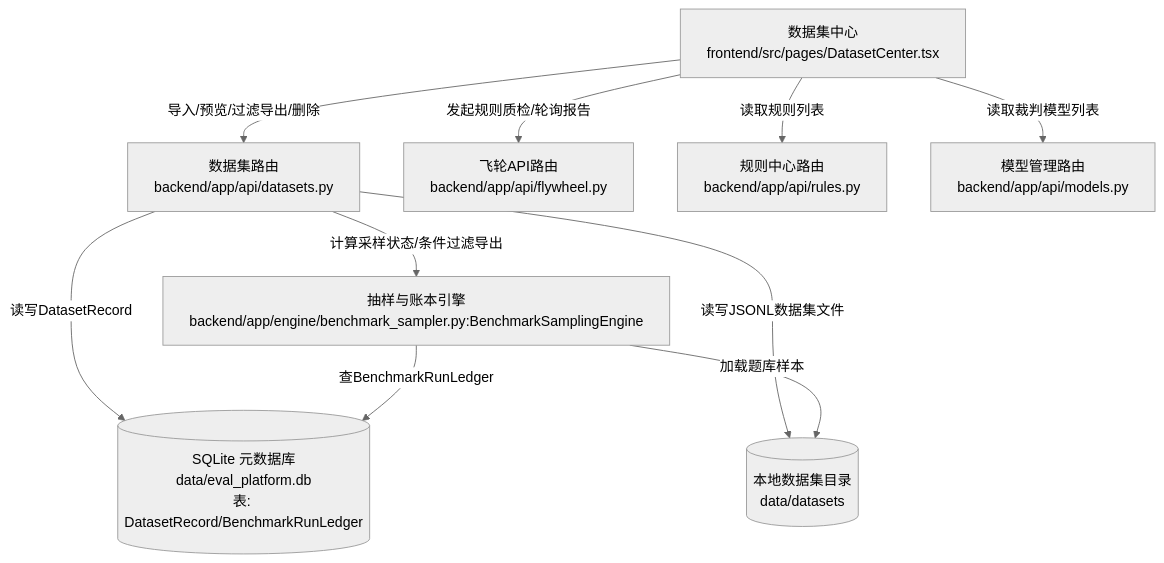
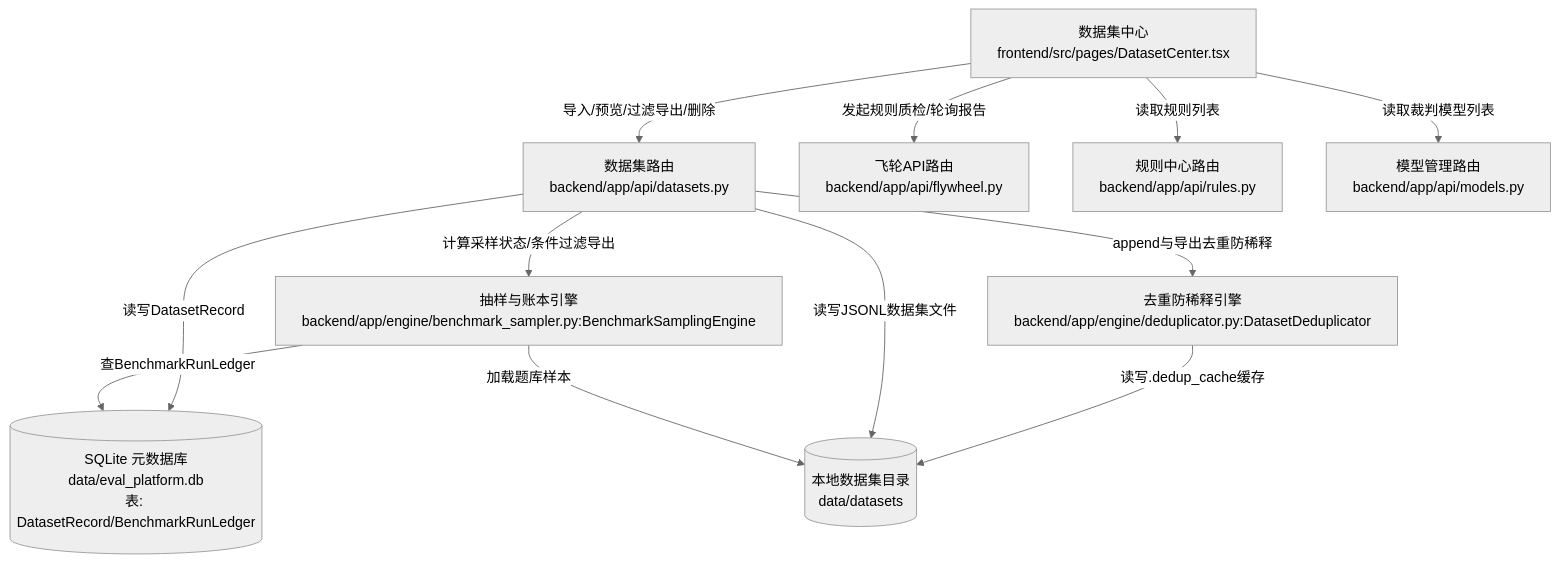
Before and after one commit to sharmt1411/eval-platform: the diagram in docs/map/L2-dataset_center.mmd, drawn with Mermaid (neutral theme). The commit also changed 31 other files, not shown here.

```diff
--- a/docs/map/L2-dataset_center.mmd
+++ b/docs/map/L2-dataset_center.mmd
@@ -1,23 +1,26 @@
 %% title: 数据集中心纵向切片 (L2)
 %% link: api_flywheel -> L2-flywheel.mmd
 %% link: api_rules -> L2-rule_center.mmd
 %% link: api_models -> L2-model_hub.mmd
 flowchart TB
   dataset_center["数据集中心\nfrontend/src/pages/DatasetCenter.tsx"]
   api_datasets["数据集路由\nbackend/app/api/datasets.py"]
   api_flywheel["飞轮API路由\nbackend/app/api/flywheel.py"]
   api_rules["规则中心路由\nbackend/app/api/rules.py"]
   api_models["模型管理路由\nbackend/app/api/models.py"]
   benchmark_sampler["抽样与账本引擎\nbackend/app/engine/benchmark_sampler.py:BenchmarkSamplingEngine"]
+  deduplicator["去重防稀释引擎\nbackend/app/engine/deduplicator.py:DatasetDeduplicator"]
   sqlite_db[("SQLite 元数据库\ndata/eval_platform.db\n表: DatasetRecord/BenchmarkRunLedger")]
   datasets_dir[("本地数据集目录\ndata/datasets")]
 
   dataset_center -->|"导入/预览/过滤导出/删除"| api_datasets
   dataset_center -->|"发起规则质检/轮询报告"| api_flywheel
   dataset_center -->|"读取规则列表"| api_rules
   dataset_center -->|"读取裁判模型列表"| api_models
   api_datasets -->|"计算采样状态/条件过滤导出"| benchmark_sampler
+  api_datasets -->|"append与导出去重防稀释"| deduplicator
+  deduplicator -->|"读写.dedup_cache缓存"| datasets_dir
   api_datasets -->|"读写DatasetRecord"| sqlite_db
   api_datasets -->|"读写JSONL数据集文件"| datasets_dir
   benchmark_sampler -->|"查BenchmarkRunLedger"| sqlite_db
   benchmark_sampler -->|"加载题库样本"| datasets_dir
```
